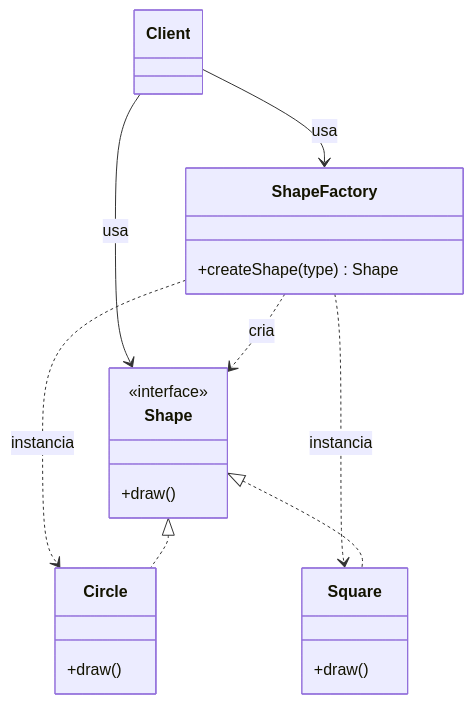
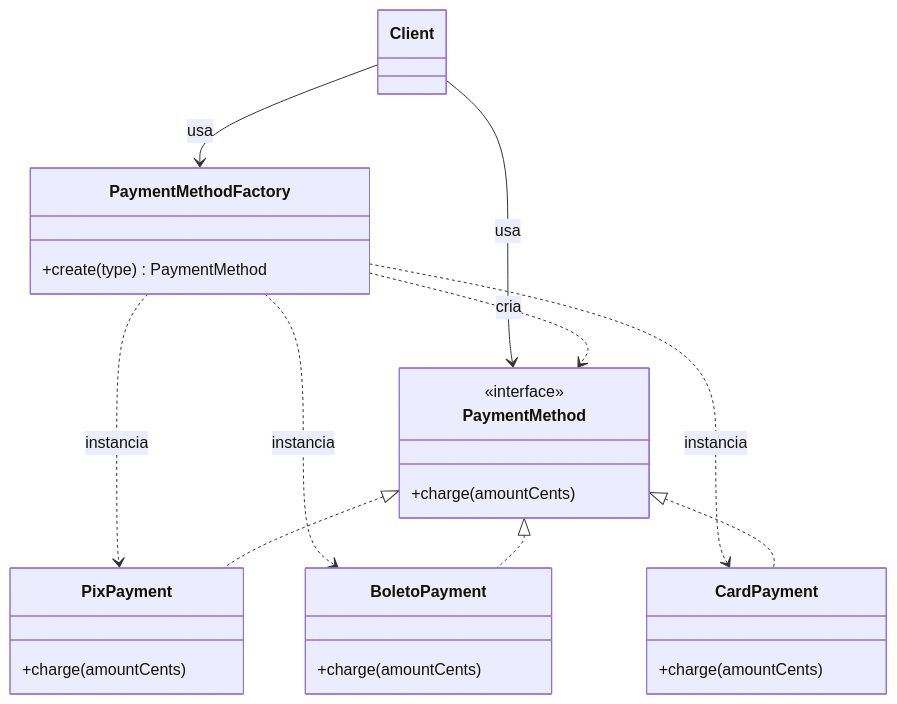
Before and after one commit to alancesar/design-patterns: the diagram in docs/coding/gof/creational/factory.md, drawn with Mermaid. The commit also changed other lines of this file and 53 other files, not shown here.

````diff
--- a/docs/coding/gof/creational/factory.md
+++ b/docs/coding/gof/creational/factory.md
@@ -60,24 +60,29 @@
 ```mermaid
 classDiagram
     class Client
-    class ShapeFactory {
-        +createShape(type) Shape
+    class PaymentMethodFactory {
+        +create(type) PaymentMethod
     }
-    class Shape {
+    class PaymentMethod {
         <<interface>>
-        +draw()
+        +charge(amountCents)
     }
-    class Circle {
-        +draw()
+    class PixPayment {
+        +charge(amountCents)
     }
-    class Square {
-        +draw()
+    class BoletoPayment {
+        +charge(amountCents)
     }
-    Client --> ShapeFactory : usa
-    Client --> Shape : usa
-    ShapeFactory ..> Shape : cria
-    ShapeFactory ..> Circle : instancia
-    ShapeFactory ..> Square : instancia
-    Shape <|.. Circle
-    Shape <|.. Square
+    class CardPayment {
+        +charge(amountCents)
+    }
+    Client --> PaymentMethodFactory : usa
+    Client --> PaymentMethod : usa
+    PaymentMethodFactory ..> PaymentMethod : cria
+    PaymentMethodFactory ..> PixPayment : instancia
+    PaymentMethodFactory ..> BoletoPayment : instancia
+    PaymentMethodFactory ..> CardPayment : instancia
+    PaymentMethod <|.. PixPayment
+    PaymentMethod <|.. BoletoPayment
+    PaymentMethod <|.. CardPayment
 ```
````
